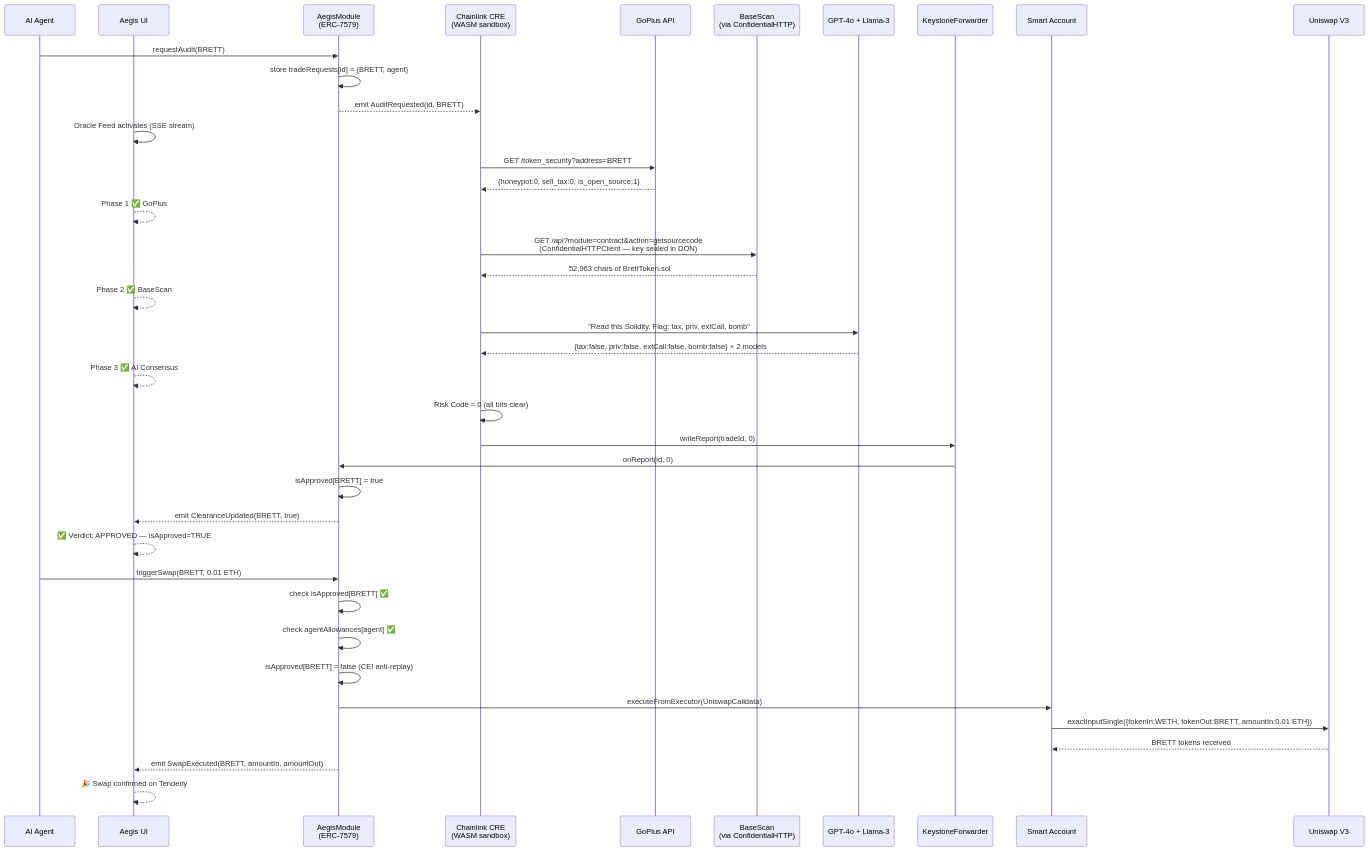
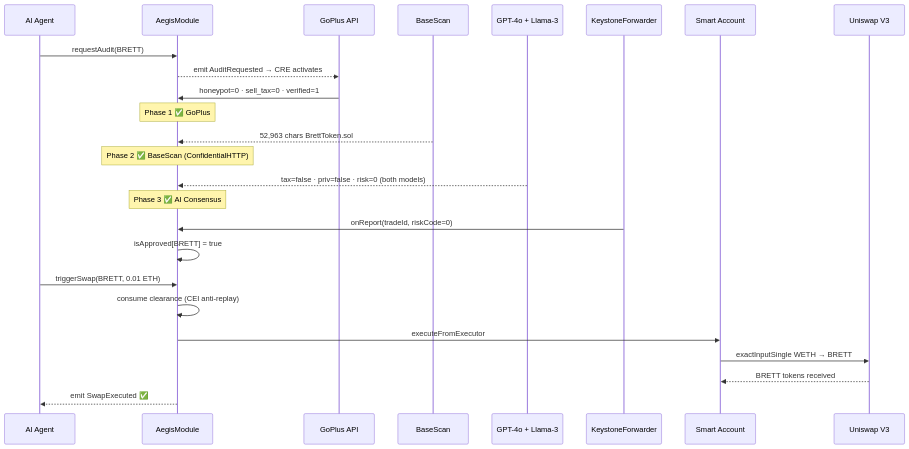
One commit to vjb/aegis-v5 changed diagram 12 of 12 in docs/ARCHITECTURE.md. Above: the diagram before and after it, drawn with Mermaid. The commit also changed other lines of this file, not shown here.

Commit message:
docs: clean up all architecture diagrams, remove bad colors

````diff
--- a/docs/ARCHITECTURE.md
+++ b/docs/ARCHITECTURE.md
@@ -472,47 +341,33 @@
 ```mermaid
 sequenceDiagram
-    participant A as AI Agent
-    participant UI as Aegis UI
-    participant AM as AegisModule<br/>(ERC-7579)
-    participant CRE as Chainlink CRE<br/>(WASM sandbox)
+    participant Agent as AI Agent
+    participant AM as AegisModule
     participant GP as GoPlus API
-    participant BS as BaseScan<br/>(via ConfidentialHTTP)
+    participant BS as BaseScan
     participant LLM as GPT-4o + Llama-3
     participant KF as KeystoneForwarder
-    participant SA as Smart Account
-    participant UNI as Uniswap V3
+    participant Safe as Smart Account
+    participant Uni as Uniswap V3
 
-    A->>AM: requestAudit(BRETT)
-    AM->>AM: store tradeRequests[id] = {BRETT, agent}
-    AM-->>CRE: emit AuditRequested(id, BRETT)
-    UI->>UI: Oracle Feed activates (SSE stream)
+    Agent->>AM: requestAudit(BRETT)
+    AM-->>GP: emit AuditRequested → CRE activates
 
-    CRE->>GP: GET /token_security?address=BRETT
-    GP-->>CRE: {honeypot:0, sell_tax:0, is_open_source:1}
-    UI-->>UI: Phase 1 ✅ GoPlus
+    GP->>AM: honeypot=0 · sell_tax=0 · verified=1
+    Note over AM: Phase 1 ✅ GoPlus
 
-    CRE->>BS: GET /api?module=contract&action=getsourcecode<br/>(ConfidentialHTTPClient — key sealed in DON)
-    BS-->>CRE: 52,963 chars of BrettToken.sol
-    UI-->>UI: Phase 2 ✅ BaseScan
+    BS-->>AM: 52,963 chars BrettToken.sol
+    Note over AM: Phase 2 ✅ BaseScan (ConfidentialHTTP)
 
-    CRE->>LLM: "Read this Solidity. Flag: tax, priv, extCall, bomb"
-    LLM-->>CRE: {tax:false, priv:false, extCall:false, bomb:false} × 2 models
-    UI-->>UI: Phase 3 ✅ AI Consensus
+    LLM-->>AM: tax=false · priv=false · risk=0 (both models)
+    Note over AM: Phase 3 ✅ AI Consensus
 
-    CRE->>CRE: Risk Code = 0 (all bits clear)
-    CRE->>KF: writeReport(tradeId, 0)
-    KF->>AM: onReport(id, 0)
+    KF->>AM: onReport(tradeId, riskCode=0)
     AM->>AM: isApproved[BRETT] = true
-    AM-->>UI: emit ClearanceUpdated(BRETT, true)
-    UI-->>UI: ✅ Verdict: APPROVED — isApproved=TRUE
 
-    A->>AM: triggerSwap(BRETT, 0.01 ETH)
-    AM->>AM: check isApproved[BRETT] ✅
-    AM->>AM: check agentAllowances[agent] ✅
-    AM->>AM: isApproved[BRETT] = false (CEI anti-replay)
-    AM->>SA: executeFromExecutor(UniswapCalldata)
-    SA->>UNI: exactInputSingle({tokenIn:WETH, tokenOut:BRETT, amountIn:0.01 ETH})
-    UNI-->>SA: BRETT tokens received
-    AM-->>UI: emit SwapExecuted(BRETT, amountIn, amountOut)
-    UI-->>UI: 🎉 Swap confirmed on Tenderly
+    Agent->>AM: triggerSwap(BRETT, 0.01 ETH)
+    AM->>AM: consume clearance (CEI anti-replay)
+    AM->>Safe: executeFromExecutor
+    Safe->>Uni: exactInputSingle WETH → BRETT
+    Uni-->>Safe: BRETT tokens received
+    AM-->>Agent: emit SwapExecuted ✅
 ```
````
